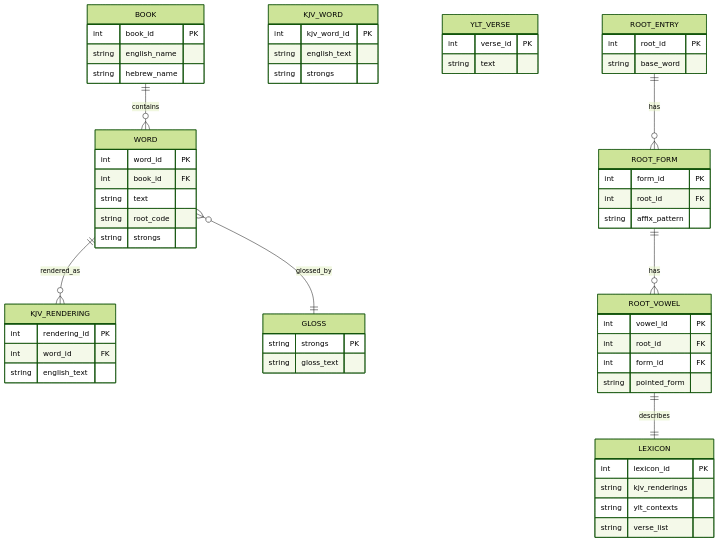
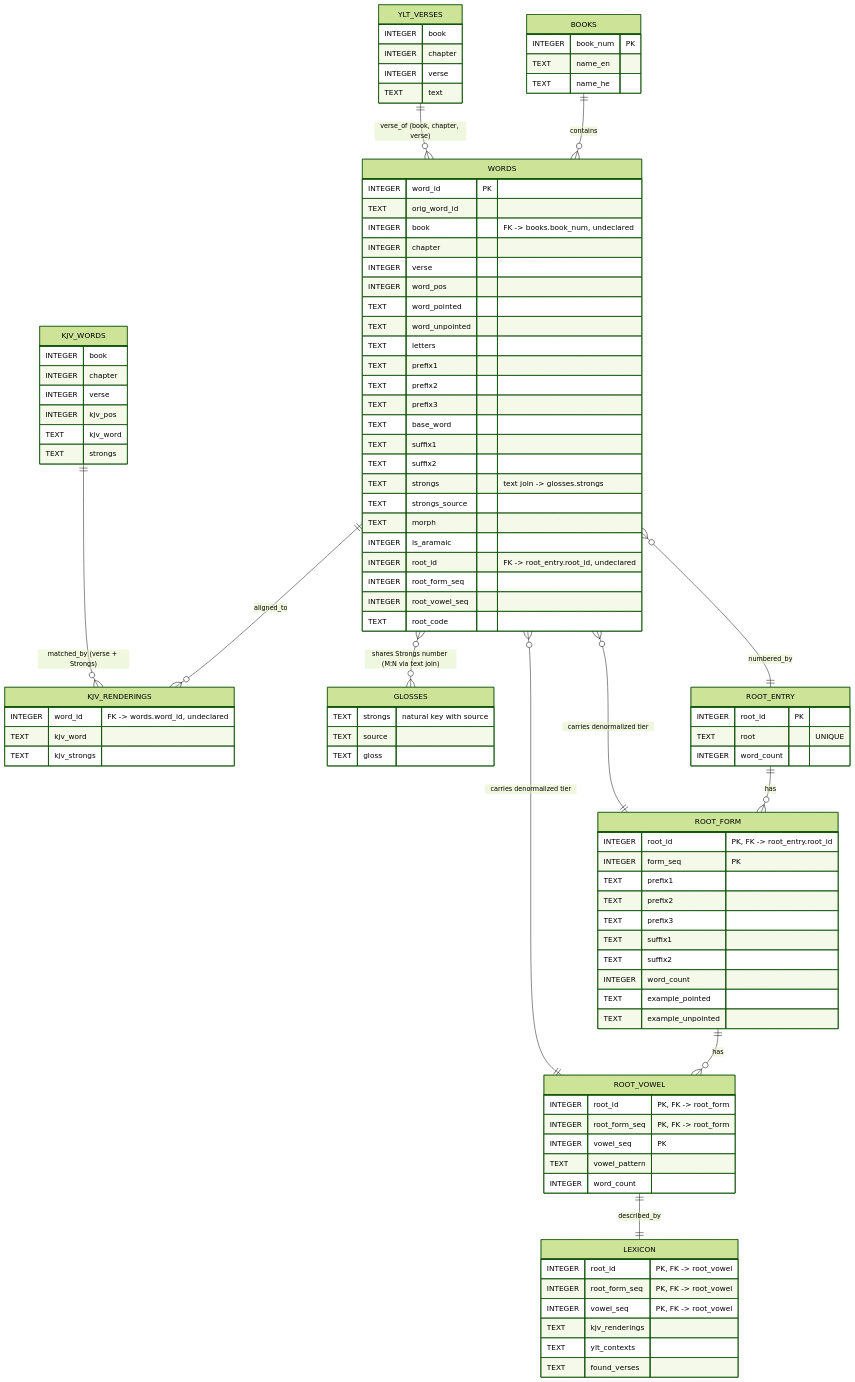
One commit to kitcosby/Bible changed the third of 3 diagrams in docs/architecture.md. Above: the diagram before and after it, drawn with Mermaid (forest theme). The commit also changed other lines of this file, not shown here.

Commit message:
docs: improve architecture diagrams — grounded context, DFD, and ERD

````diff
--- a/docs/architecture.md
+++ b/docs/architecture.md
@@ -70,60 +101,100 @@
 ```mermaid
 erDiagram
-    BOOK {
-        int book_id PK
-        string english_name
-        string hebrew_name
+    BOOKS {
+        INTEGER book_num PK
+        TEXT name_en
+        TEXT name_he
     }
-    WORD {
-        int word_id PK
-        int book_id FK
-        string text
-        string root_code
-        string strongs
+    WORDS {
+        INTEGER word_id PK
+        TEXT orig_word_id
+        INTEGER book "FK -> books.book_num, undeclared"
+        INTEGER chapter
+        INTEGER verse
+        INTEGER word_pos
+        TEXT word_pointed
+        TEXT word_unpointed
+        TEXT letters
+        TEXT prefix1
+        TEXT prefix2
+        TEXT prefix3
+        TEXT base_word
+        TEXT suffix1
+        TEXT suffix2
+        TEXT strongs "text join -> glosses.strongs"
+        TEXT strongs_source
+        TEXT morph
+        INTEGER is_aramaic
+        INTEGER root_id "FK -> root_entry.root_id, undeclared"
+        INTEGER root_form_seq
+        INTEGER root_vowel_seq
+        TEXT root_code
     }
-    KJV_WORD {
-        int kjv_word_id PK
-        string english_text
-        string strongs
+    KJV_WORDS {
+        INTEGER book
+        INTEGER chapter
+        INTEGER verse
+        INTEGER kjv_pos
+        TEXT kjv_word
+        TEXT strongs
     }
-    KJV_RENDERING {
-        int rendering_id PK
-        int word_id FK
-        string english_text
+    KJV_RENDERINGS {
+        INTEGER word_id "FK -> words.word_id, undeclared"
+        TEXT kjv_word
+        TEXT kjv_strongs
     }
-    YLT_VERSE {
-        int verse_id PK
-        string text
+    YLT_VERSES {
+        INTEGER book
+        INTEGER chapter
+        INTEGER verse
+        TEXT text
     }
-    GLOSS {
-        string strongs PK
-        string gloss_text
+    GLOSSES {
+        TEXT strongs "natural key with source"
+        TEXT source
+        TEXT gloss
     }
     ROOT_ENTRY {
-        int root_id PK
-        string base_word
+        INTEGER root_id PK
+        TEXT root "UNIQUE"
+        INTEGER word_count
     }
     ROOT_FORM {
-        int form_id PK
-        int root_id FK
-        string affix_pattern
+        INTEGER root_id "PK, FK -> root_entry.root_id"
+        INTEGER form_seq "PK"
+        TEXT prefix1
+        TEXT prefix2
+        TEXT prefix3
+        TEXT suffix1
+        TEXT suffix2
+        INTEGER word_count
+        TEXT example_pointed
+        TEXT example_unpointed
     }
     ROOT_VOWEL {
-        int vowel_id PK
-        int root_id FK
-        int form_id FK
-        string pointed_form
+        INTEGER root_id "PK, FK -> root_form"
+        INTEGER root_form_seq "PK, FK -> root_form"
+        INTEGER vowel_seq "PK"
+        TEXT vowel_pattern
+        INTEGER word_count
     }
     LEXICON {
-        int lexicon_id PK
-        string kjv_renderings
-        string ylt_contexts
-        string verse_list
+        INTEGER root_id "PK, FK -> root_vowel"
+        INTEGER root_form_seq "PK, FK -> root_vowel"
+        INTEGER vowel_seq "PK, FK -> root_vowel"
+        TEXT kjv_renderings
+        TEXT ylt_contexts
+        TEXT found_verses
     }
-    BOOK ||--o{ WORD : contains
-    ROOT_ENTRY ||--o{ ROOT_FORM : has
-    ROOT_FORM ||--o{ ROOT_VOWEL : has
-    ROOT_VOWEL ||--|| LEXICON : describes
-    WORD ||--o{ KJV_RENDERING : rendered_as
-    WORD }o--|| GLOSS : glossed_by
+    BOOKS ||--o{ WORDS : "contains"
+    WORDS ||--o{ KJV_RENDERINGS : "aligned_to"
+    KJV_WORDS ||--o{ KJV_RENDERINGS : "matched_by (verse + Strongs)"
+    WORDS }o--o{ GLOSSES : "shares Strongs number (M:N via text join)"
+    YLT_VERSES ||--o{ WORDS : "verse_of (book, chapter, verse)"
+    WORDS }o--|| ROOT_ENTRY : "numbered_by"
+    ROOT_ENTRY ||--o{ ROOT_FORM : "has"
+    ROOT_FORM ||--o{ ROOT_VOWEL : "has"
+    ROOT_VOWEL ||--|| LEXICON : "described_by"
+    WORDS }o--|| ROOT_FORM : "carries denormalized tier"
+    WORDS }o--|| ROOT_VOWEL : "carries denormalized tier"
 ```
````
